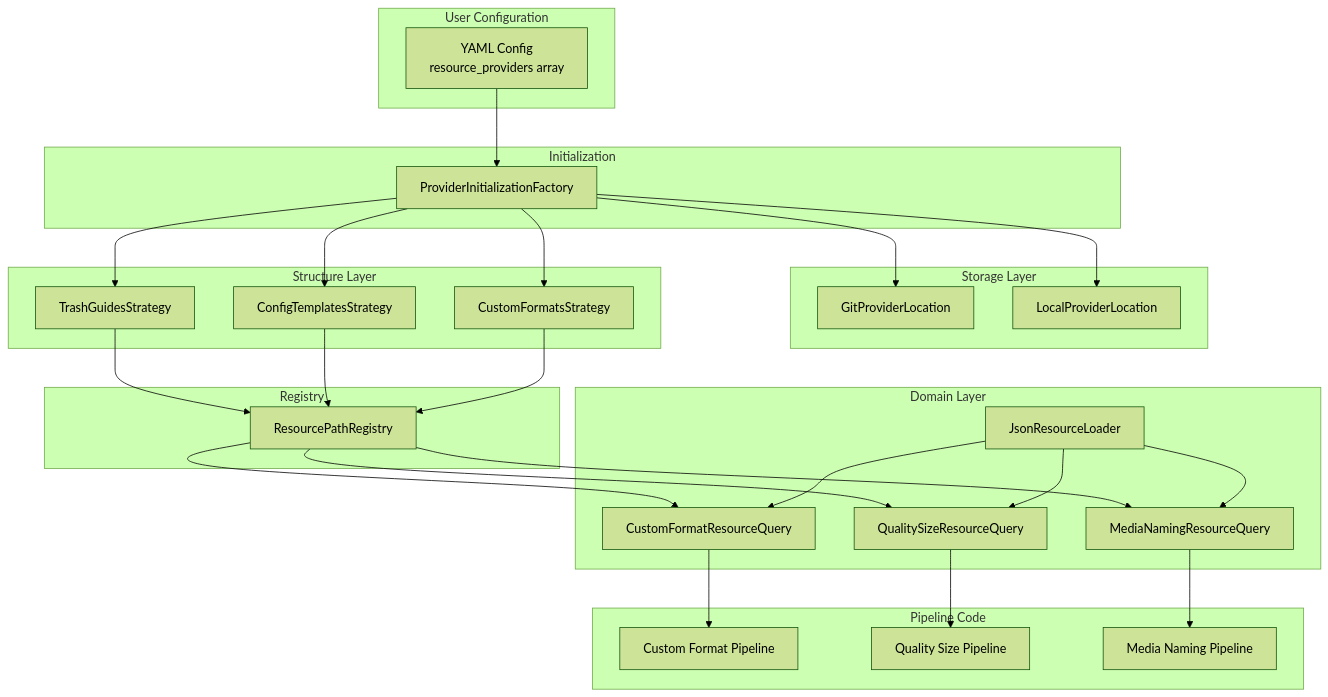
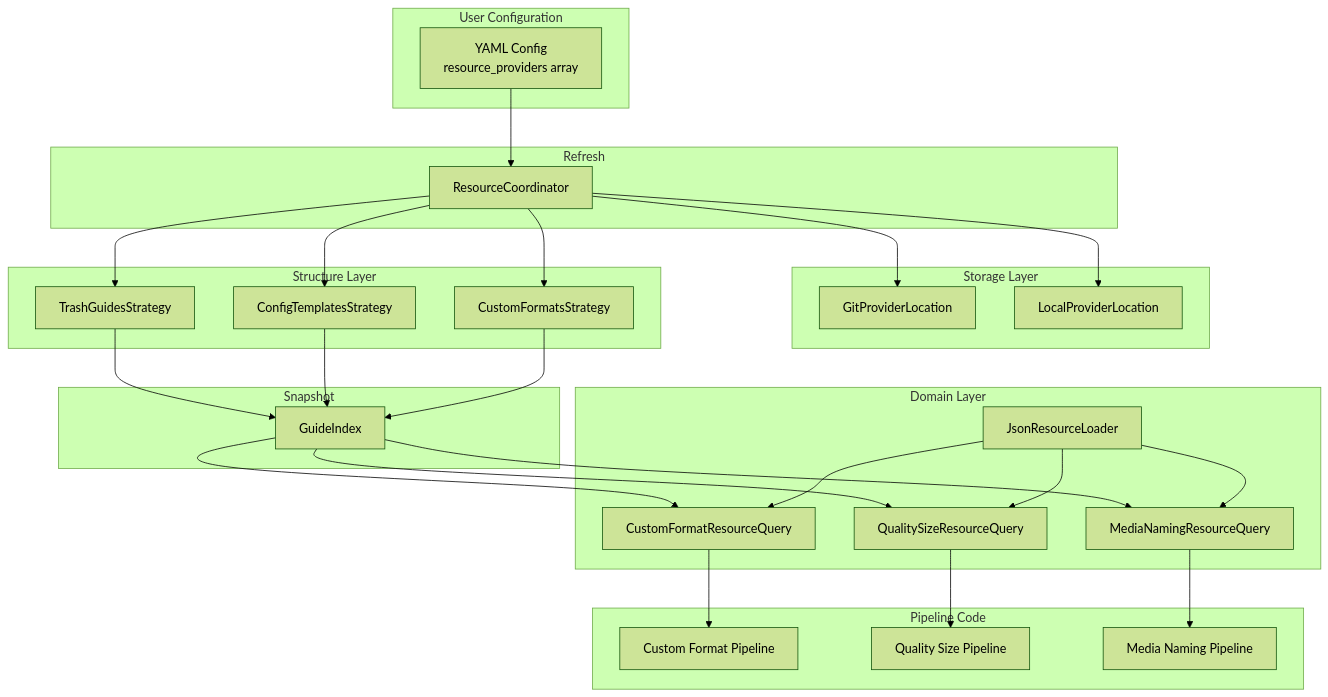
The diagram in docs/architecture/resource-provider-system.md (recyclarr/recyclarr), drawn with Mermaid (forest theme) before and after one commit. The commit also changed other lines of this file and 69 other files, not shown here.

````diff
--- a/docs/architecture/resource-provider-system.md
+++ b/docs/architecture/resource-provider-system.md
@@ -86,57 +86,57 @@
 ```mermaid
 graph TB
     subgraph "User Configuration"
         YC[YAML Config<br/>resource_providers array]
     end
 
-    subgraph "Initialization"
-        Factory[ProviderInitializationFactory]
+    subgraph "Refresh"
+        Factory[ResourceCoordinator]
     end
 
     subgraph "Storage Layer"
         GitLoc[GitProviderLocation]
         LocalLoc[LocalProviderLocation]
     end
 
     subgraph "Structure Layer"
         TGStrat[TrashGuidesStrategy]
         CTStrat[ConfigTemplatesStrategy]
         CFStrat[CustomFormatsStrategy]
     end
 
-    subgraph "Registry"
-        Reg[ResourcePathRegistry]
+    subgraph "Snapshot"
+        Reg[GuideIndex]
     end
 
     subgraph "Domain Layer"
         Loader[JsonResourceLoader]
         CFQ[CustomFormatResourceQuery]
         QSQ[QualitySizeResourceQuery]
         MNQ[MediaNamingResourceQuery]
     end
 
     subgraph "Pipeline Code"
         CF[Custom Format Pipeline]
         QS[Quality Size Pipeline]
         MN[Media Naming Pipeline]
     end
 
     YC --> Factory
     Factory --> GitLoc
     Factory --> LocalLoc
     Factory --> TGStrat
     Factory --> CTStrat
     Factory --> CFStrat
     TGStrat --> Reg
     CTStrat --> Reg
     CFStrat --> Reg
     Reg --> CFQ
     Reg --> QSQ
     Reg --> MNQ
     Loader --> CFQ
     Loader --> QSQ
     Loader --> MNQ
     CFQ --> CF
     QSQ --> QS
     MNQ --> MN
 ```
````
